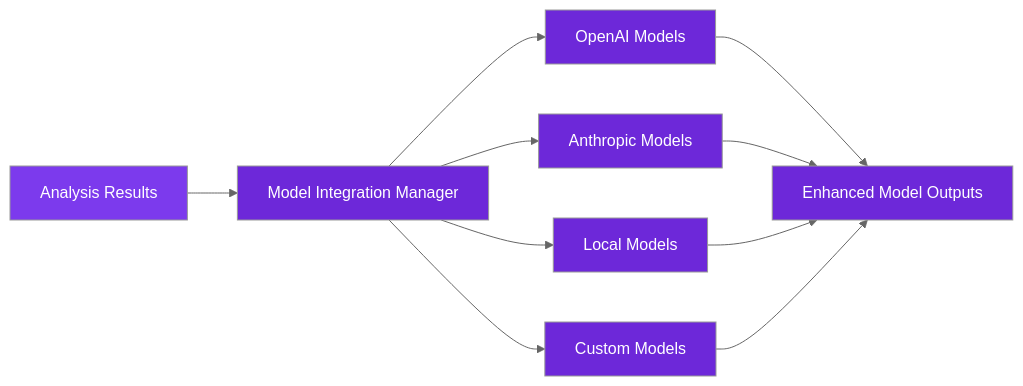
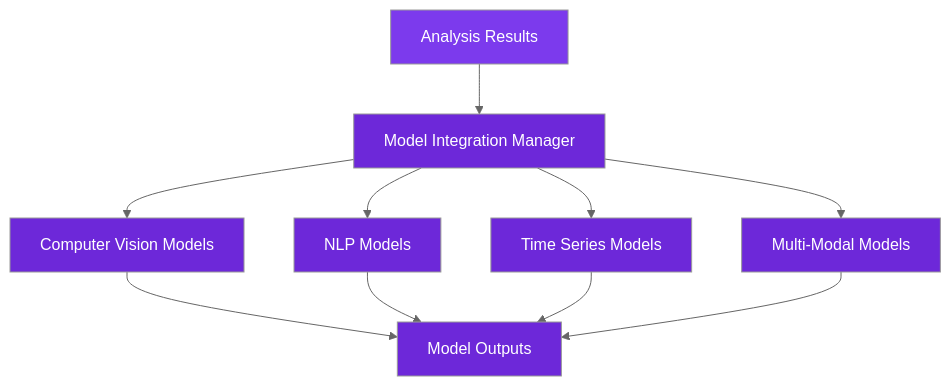
Before and after one commit to Vortx-AI/memories-dev: the sixth of 7 diagrams in docs/source/core_concepts/data_flow.rst, drawn with Mermaid (neutral theme). The commit also changed other lines of this file and 19 other files, not shown here.

```diff
--- a/docs/source/core_concepts/data_flow.rst
+++ b/docs/source/core_concepts/data_flow.rst
@@ -349,20 +550,20 @@
 .. mermaid::
    :align: center
 
-   flowchart LR
+   flowchart TD
        A[Analysis Results] --> B[Model Integration Manager]
        
-       B --> C1[OpenAI Models]
-       B --> C2[Anthropic Models]
-       B --> C3[Local Models]
-       B --> C4[Custom Models]
+       B --> C1[Computer Vision Models]
+       B --> C2[NLP Models]
+       B --> C3[Time Series Models]
+       B --> C4[Multi-Modal Models]
        
-       C1 & C2 & C3 & C4 --> D[Enhanced Model Outputs]
+       C1 & C2 & C3 & C4 --> D[Model Outputs]
        
        style A fill:#7c3aed,color:white
        style B fill:#6d28d9,color:white
        style C1 fill:#6d28d9,color:white
        style C2 fill:#6d28d9,color:white
        style C3 fill:#6d28d9,color:white
        style C4 fill:#6d28d9,color:white
        style D fill:#6d28d9,color:white
```
